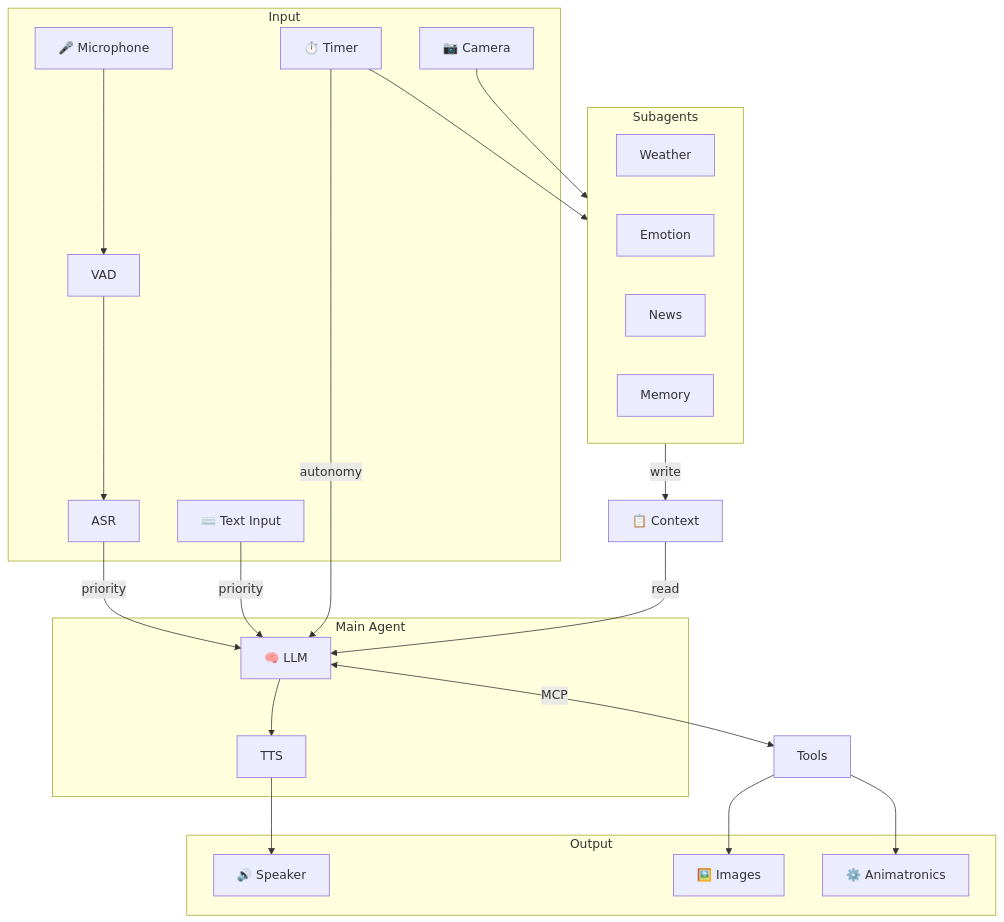
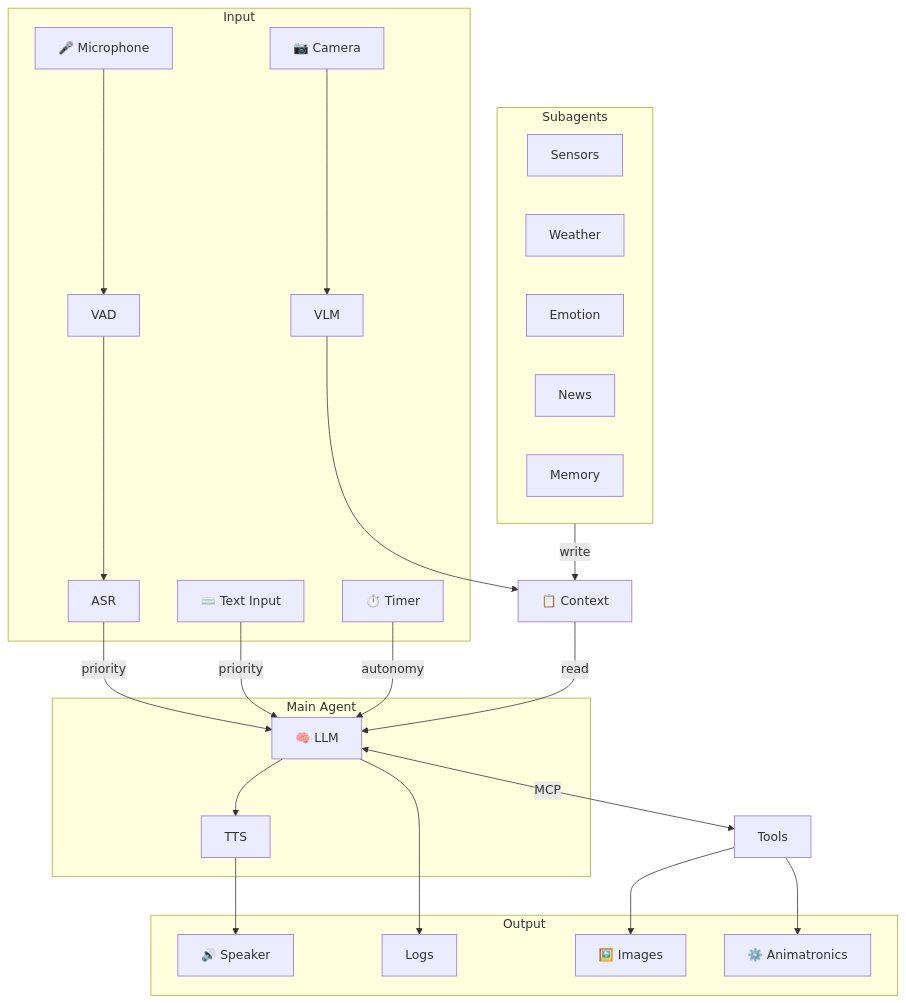
The first of 5 diagrams in README.md (salmanzee-dev/Personality_Core_GLaDOS), drawn with Mermaid before and after one commit. The commit also changed other lines of this file, not shown here.

````diff
--- a/README.md
+++ b/README.md
@@ -48,42 +67,44 @@
 ```mermaid
 flowchart TB
     subgraph Input
         mic[🎤 Microphone] --> vad[VAD] --> asr[ASR]
         text[⌨️ Text Input]
         tick[⏱️ Timer]
-        cam[📷 Camera]
+        cam[📷 Camera]--> vlm[VLM]
     end
 
     subgraph Minds["Subagents"]
+        sensors[Sensors]
         weather[Weather]
         emotion[Emotion]
         news[News]
         memory[Memory]
     end
 
     ctx[📋 Context]
 
     subgraph Core["Main Agent"]
         llm[🧠 LLM]
         tts[TTS]
     end
 
     subgraph Output
         speaker[🔊 Speaker]
+        logs[Logs]
         images[🖼️ Images]
         motors[⚙️ Animatronics]
     end
 
     asr -->|priority| llm
     text -->|priority| llm
-    tick --> Minds
-    cam --> Minds
+    vlm --> ctx
     tick -->|autonomy| llm
 
     Minds -->|write| ctx
     ctx -->|read| llm
     llm --> tts --> speaker
+    llm --> logs
     llm <-->|MCP| tools[Tools]
     tools --> images
     tools --> motors
 ```
````
